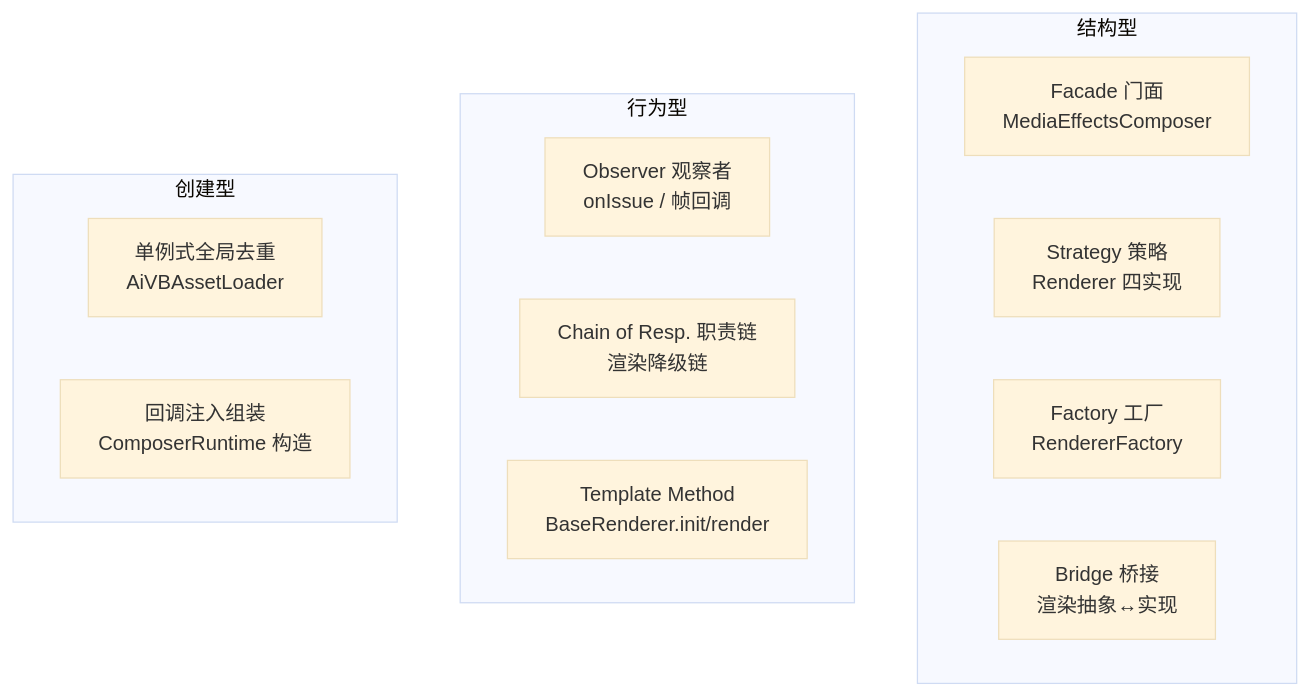
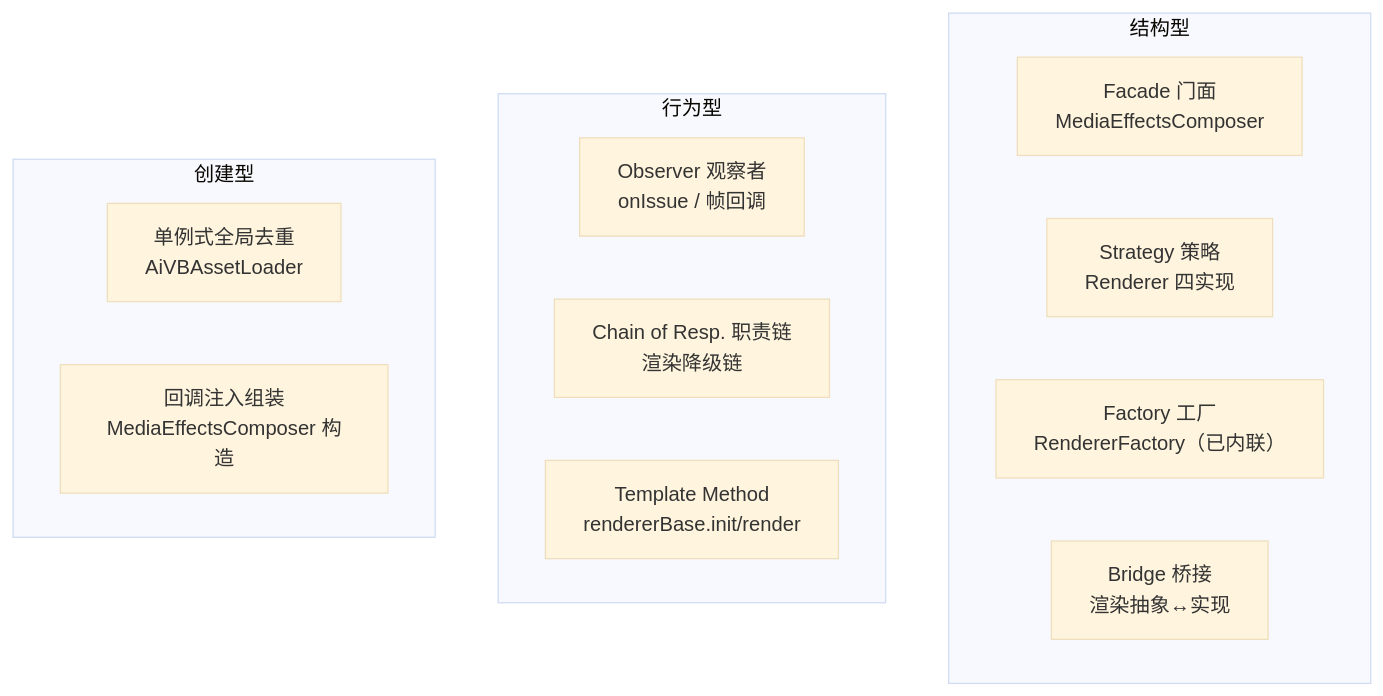
Before and after one commit to lei40251/JsSIP: diagram 18 of 19 in docs/MediaEffectsComposer-学习手册.md, drawn with Mermaid (base theme). The commit also changed other lines of this file and 72 other files, not shown here.

First line of the commit message:
refactor: 合并精简 MediaEffectsComposer/AiNS/BFCP 模块，消除过度抽象层

````diff
--- a/docs/MediaEffectsComposer-学习手册.md
+++ b/docs/MediaEffectsComposer-学习手册.md
@@ -891,20 +877,20 @@
 ```mermaid
 graph TB
     subgraph 结构型
         FAC["Facade 门面<br/>MediaEffectsComposer"]
         STR["Strategy 策略<br/>Renderer 四实现"]
-        FACT["Factory 工厂<br/>RendererFactory"]
+        FACT["Factory 工厂<br/>RendererFactory（已内联）"]
         BR["Bridge 桥接<br/>渲染抽象↔实现"]
     end
 
     subgraph 行为型
         OBS["Observer 观察者<br/>onIssue / 帧回调"]
         CHN["Chain of Resp. 职责链<br/>渲染降级链"]
-        TMP["Template Method<br/>BaseRenderer.init/render"]
+        TMP["Template Method<br/>rendererBase.init/render"]
     end
 
     subgraph 创建型
         SGL["单例式全局去重<br/>AiVBAssetLoader"]
-        BUI["回调注入组装<br/>ComposerRuntime 构造"]
+        BUI["回调注入组装<br/>MediaEffectsComposer 构造"]
     end
 ```
````
